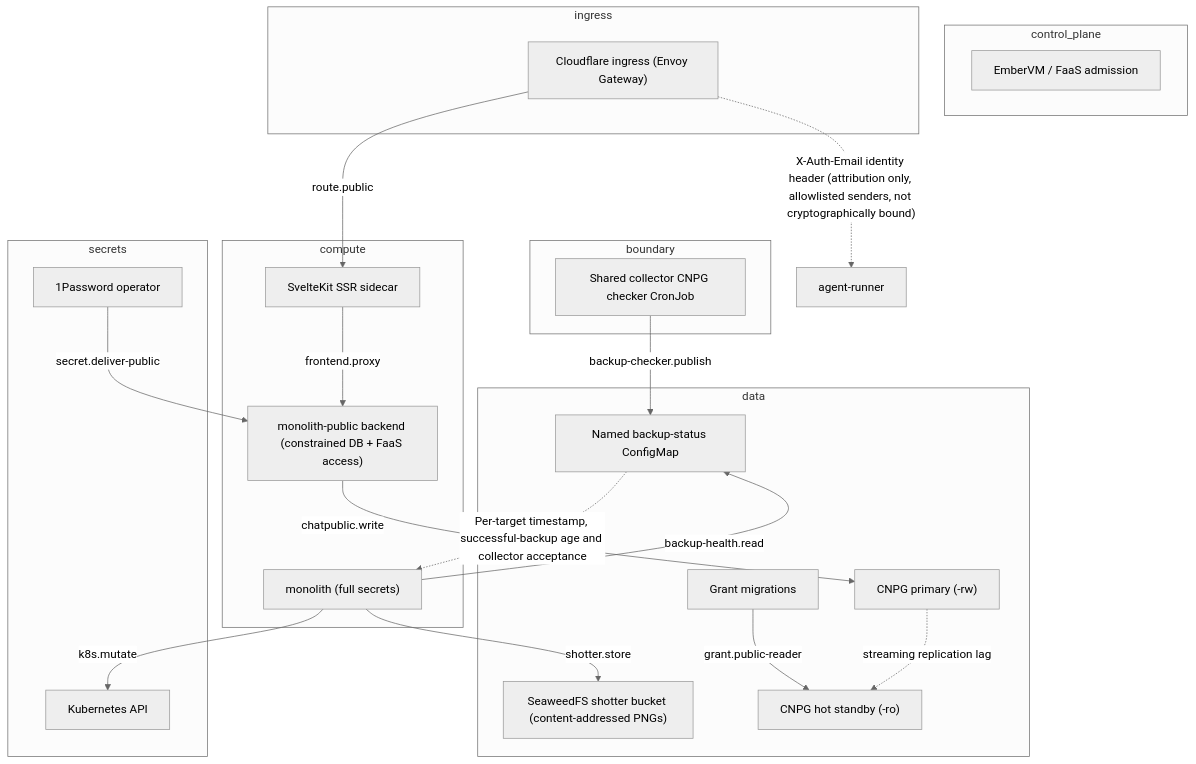
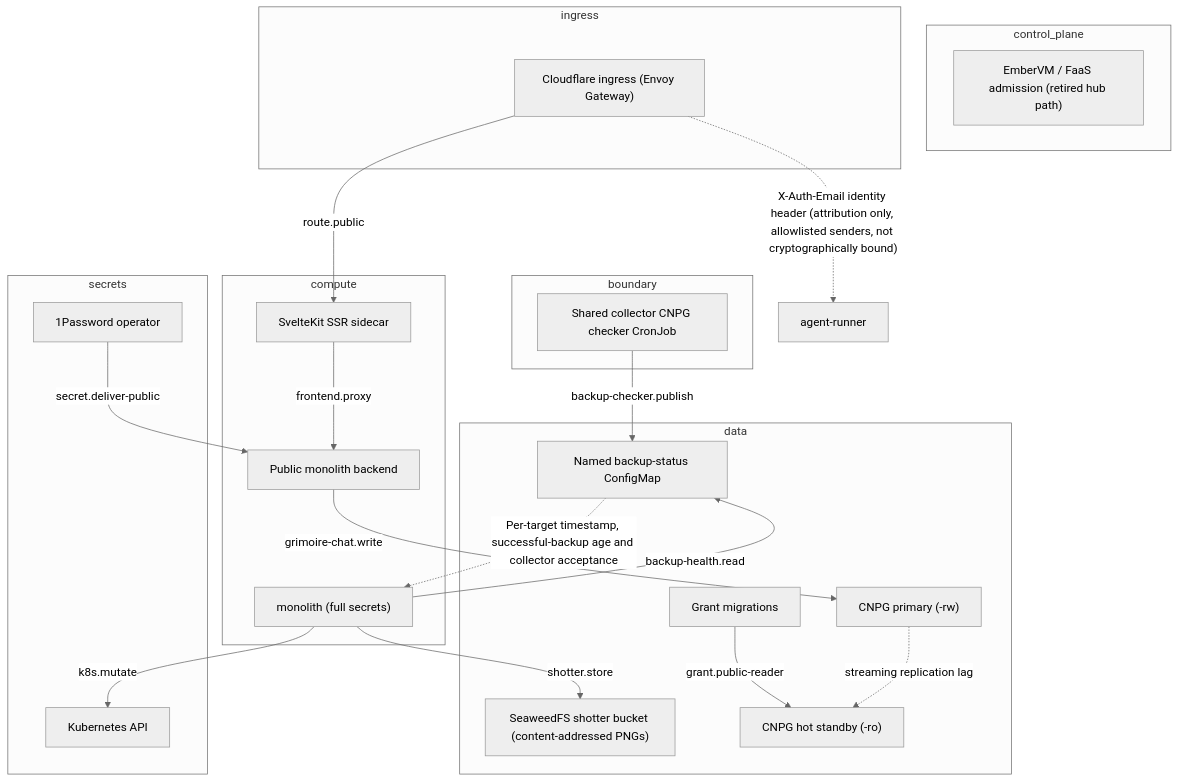
One commit to jomcgi-org/homelab changed the second of 2 diagrams in projects/monolith/STPA.md. Above: the diagram before and after it, drawn with Mermaid (neutral theme). The commit also changed other lines of this file and 6 other files, not shown here.

````diff
--- a/projects/monolith/STPA.md
+++ b/projects/monolith/STPA.md
@@ -170,40 +171,40 @@
 ```mermaid
 flowchart TD
   subgraph boundary["boundary"]
     backup-checker["Shared collector CNPG checker CronJob"]
   end
   subgraph compute["compute"]
     frontend-ssr["SvelteKit SSR sidecar"]
     private-binary["monolith (full secrets)"]
-    public-binary["monolith-public backend (constrained DB + FaaS access)"]
+    public-binary["Public monolith backend"]
   end
   subgraph control_plane["control_plane"]
-    embervm["EmberVM / FaaS admission"]
+    embervm["EmberVM / FaaS admission (retired hub path)"]
   end
   subgraph data["data"]
     backup-status["Named backup-status ConfigMap"]
     migrations["Grant migrations"]
     pg-primary["CNPG primary (-rw)"]
     pg-replica["CNPG hot standby (-ro)"]
     shotter-store["SeaweedFS shotter bucket (content-addressed PNGs)"]
   end
   subgraph ingress["ingress"]
     cf-ingress["Cloudflare ingress (Envoy Gateway)"]
   end
   subgraph secrets["secrets"]
     k8s-api["Kubernetes API"]
     onepassword["1Password operator"]
   end
   backup-checker -- "backup-checker.publish" --> backup-status
   private-binary -- "backup-health.read" --> backup-status
-  public-binary -- "chatpublic.write" --> pg-primary
   frontend-ssr -- "frontend.proxy" --> public-binary
   migrations -- "grant.public-reader" --> pg-replica
+  public-binary -- "grimoire-chat.write" --> pg-primary
   private-binary -- "k8s.mutate" --> k8s-api
   cf-ingress -- "route.public" --> frontend-ssr
   onepassword -- "secret.deliver-public" --> public-binary
   private-binary -- "shotter.store" --> shotter-store
   backup-status -. "Per-target timestamp, successful-backup age and collector acceptance" .-> private-binary
   cf-ingress -. "X-Auth-Email identity header (attribution only, allowlisted senders, not cryptographically bound)" .-> agent-runner
   pg-primary -. "streaming replication lag" .-> pg-replica
 ```
````
